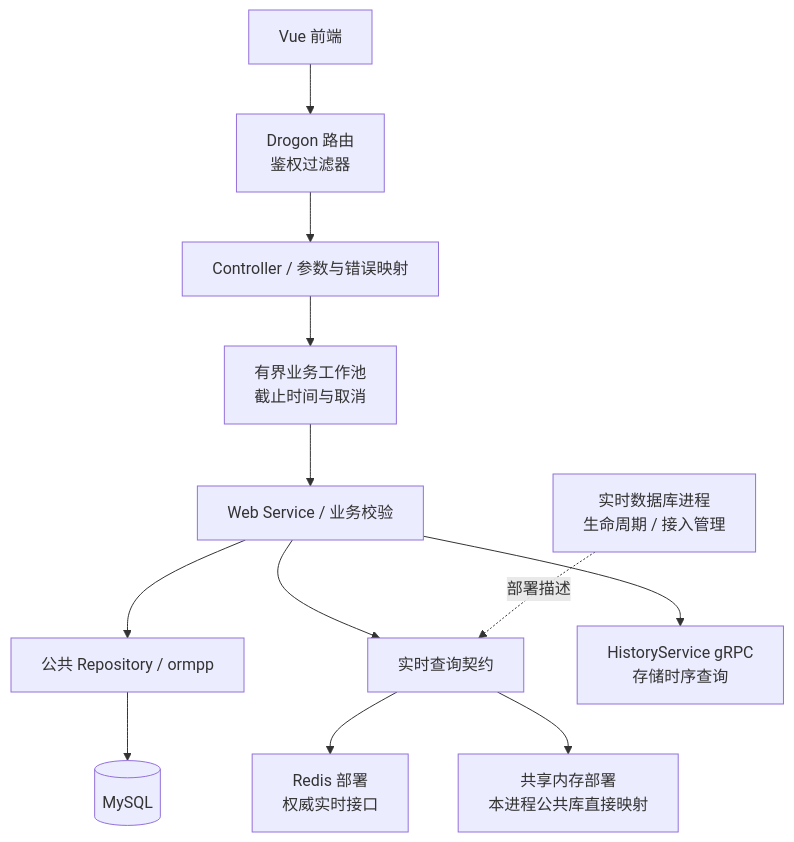
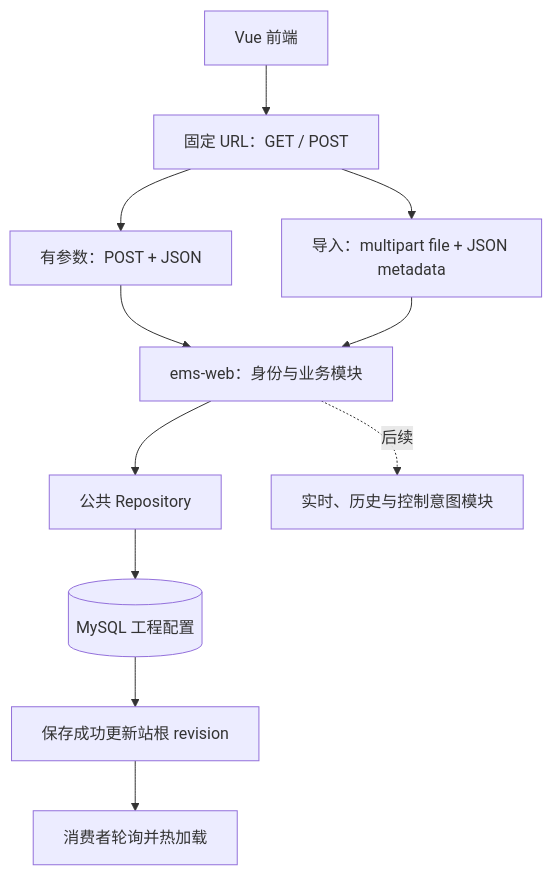
One commit to 600888/ems changed the diagram in website/docs/processes/web/index.md. Above: the diagram before and after it, drawn with Mermaid. The commit also changed other lines of this file and 17 other files, not shown here.

````diff
--- a/website/docs/processes/web/index.md
+++ b/website/docs/processes/web/index.md
@@ -9,14 +13,13 @@
 ```mermaid
 flowchart TB
-    UI[Vue 前端] --> HTTP["Drogon 路由<br/>鉴权过滤器"]
-    HTTP --> Controller[Controller / 参数与错误映射]
-    Controller --> Pool["有界业务工作池<br/>截止时间与取消"]
-    Pool --> Service[Web Service / 业务校验]
-    Service --> Repo[公共 Repository / ormpp]
-    Repo --> DB[(MySQL)]
-    Service --> RT[实时查询契约]
-    RT --> Redis["Redis 部署<br/>权威实时接口"]
-    RT --> Shared["共享内存部署<br/>本进程公共库直接映射"]
-    Data["实时数据库进程<br/>生命周期 / 接入管理"] -.部署描述.-> RT
-    Service --> History["HistoryService gRPC<br/>存储时序查询"]
+    UI[Vue 前端] --> HTTP[固定 URL：GET / POST]
+    HTTP --> JSON[有参数：POST + JSON]
+    HTTP --> Multipart[导入：multipart file + JSON metadata]
+    JSON --> Web[ems-web：身份与业务模块]
+    Multipart --> Web
+    Web --> Repo[公共 Repository]
+    Repo --> DB[(MySQL 工程配置)]
+    DB --> Revision[保存成功更新站根 revision]
+    Revision --> Runtime[消费者轮询并热加载]
+    Web -.后续.-> Realtime[实时、历史与控制意图模块]
 ```
````
